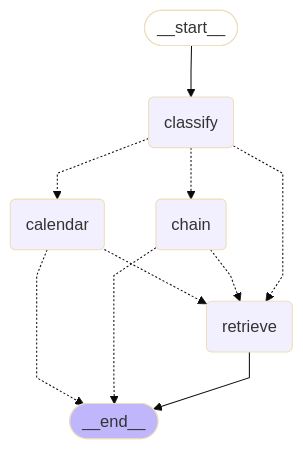
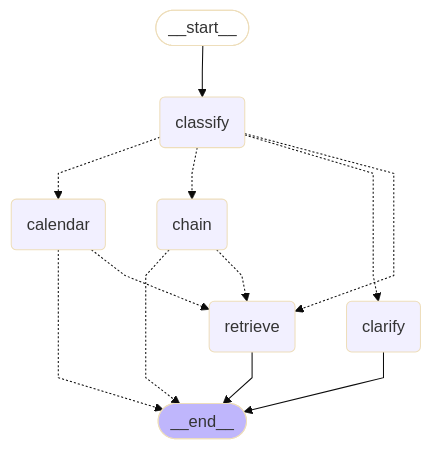
One commit to medrees-1000/city-tech-assistant changed the diagram in docs/architecture.md. Above: the diagram before and after it, drawn with Mermaid (base theme). The commit also changed 13 other files, not shown here.

````diff
--- a/docs/architecture.md
+++ b/docs/architecture.md
@@ -7,26 +7,29 @@
 ```mermaid
 ---
 config:
   flowchart:
     curve: linear
 ---
 graph TD;
 	__start__([<p>__start__</p>]):::first
 	classify(classify)
+	clarify(clarify)
 	calendar(calendar)
 	chain(chain)
 	retrieve(retrieve)
 	__end__([<p>__end__</p>]):::last
 	__start__ --> classify;
 	calendar -.-> __end__;
 	calendar -.-> retrieve;
 	chain -.-> __end__;
 	chain -.-> retrieve;
 	classify -.-> calendar;
 	classify -.-> chain;
+	classify -.-> clarify;
 	classify -.-> retrieve;
+	clarify --> __end__;
 	retrieve --> __end__;
 	classDef default fill:#f2f0ff,line-height:1.2
 	classDef first fill-opacity:0
 	classDef last fill:#bfb6fc
 ```
````
